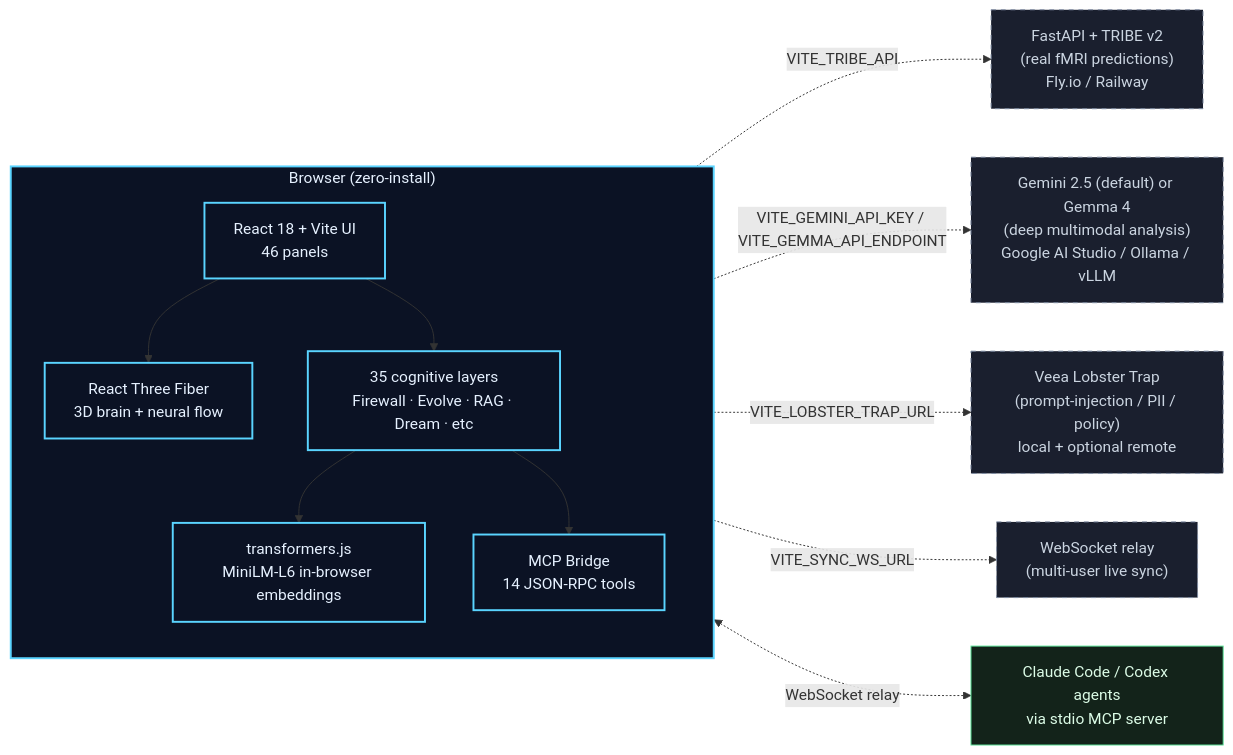
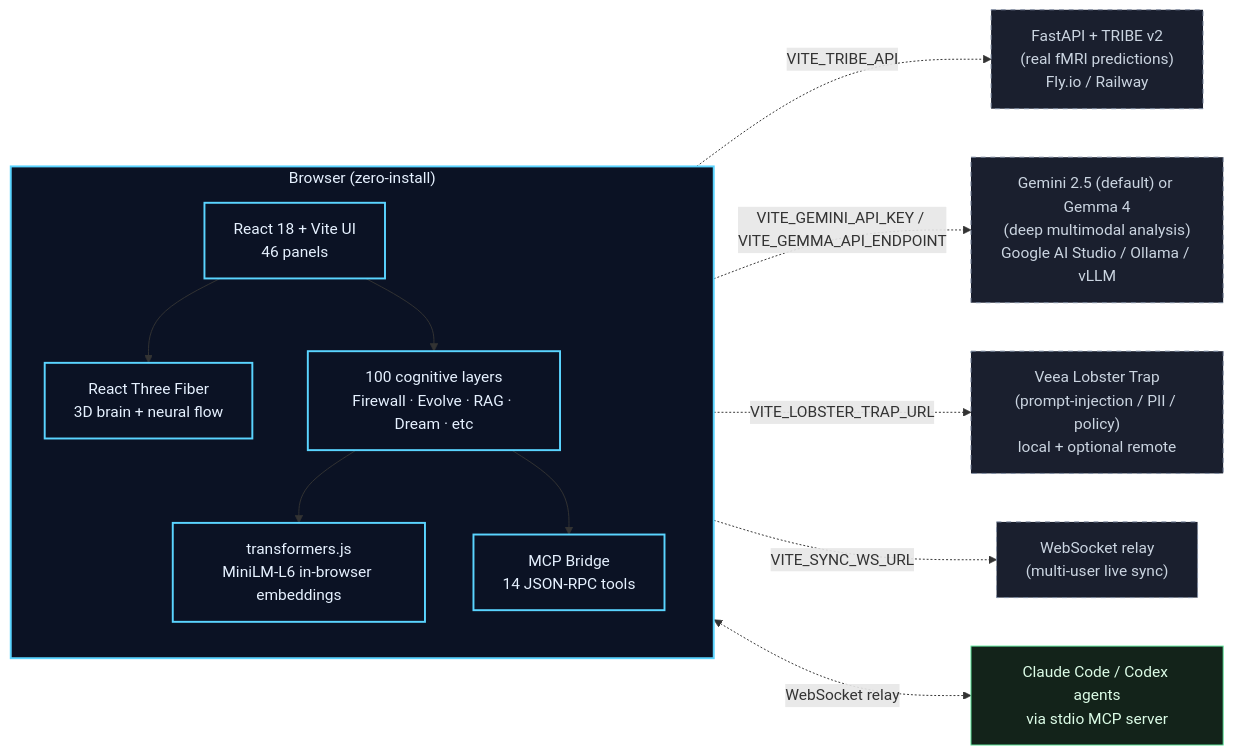
The diagram in README.md (slavazeph-coder/the-brain), drawn with Mermaid before and after one commit. The commit also changed other lines of this file, not shown here.

````diff
--- a/README.md
+++ b/README.md
@@ -62,37 +62,37 @@
 ```mermaid
 flowchart LR
     classDef browser  fill:#0b1224,stroke:#5ad4ff,stroke-width:2px,color:#e6f1ff
     classDef optional fill:#1a1f2e,stroke:#7c8aa1,stroke-dasharray:5 5,color:#cbd5e1
     classDef external fill:#13231a,stroke:#5ee69a,color:#dcfce7
 
     subgraph Browser["Browser (zero-install)"]
         direction TB
         ui[React 18 + Vite UI<br/>46 panels]
         r3f[React Three Fiber<br/>3D brain + neural flow]
-        layers["35 cognitive layers<br/>Firewall · Evolve · RAG · Dream · etc"]
+        layers["100 cognitive layers<br/>Firewall · Evolve · RAG · Dream · etc"]
         embed[transformers.js<br/>MiniLM-L6 in-browser embeddings]
         mcp[MCP Bridge<br/>14 JSON-RPC tools]
 
         ui --> r3f
         ui --> layers
         layers --> embed
         layers --> mcp
     end
 
     tribe["FastAPI + TRIBE v2<br/>(real fMRI predictions)<br/>Fly.io / Railway"]
     gemini["Gemini 2.5 (default) or Gemma 4<br/>(deep multimodal analysis)<br/>Google AI Studio / Ollama / vLLM"]
     lobster["Veea Lobster Trap<br/>(prompt-injection / PII / policy)<br/>local + optional remote"]
     sync["WebSocket relay<br/>(multi-user live sync)"]
     agents["Claude Code / Codex agents<br/>via stdio MCP server"]
 
     layers -. VITE_TRIBE_API .-> tribe
     layers -. VITE_GEMINI_API_KEY / VITE_GEMMA_API_ENDPOINT .-> gemini
     layers -. VITE_LOBSTER_TRAP_URL .-> lobster
     layers -. VITE_SYNC_WS_URL .-> sync
     mcp <-. WebSocket relay .-> agents
 
     class Browser browser
     class ui,r3f,layers,embed,mcp browser
     class tribe,gemini,lobster,sync optional
     class agents external
 ```
````
